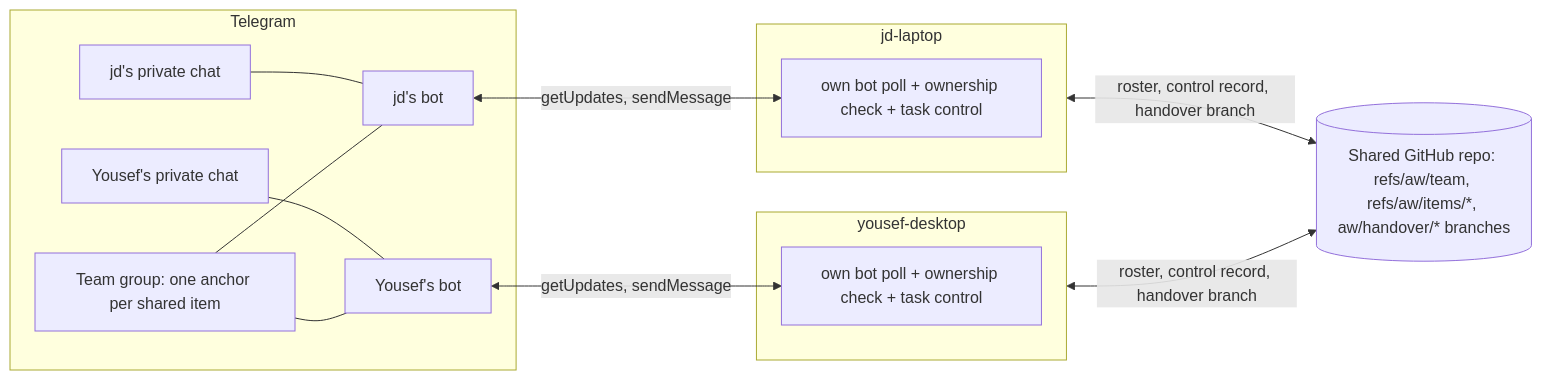
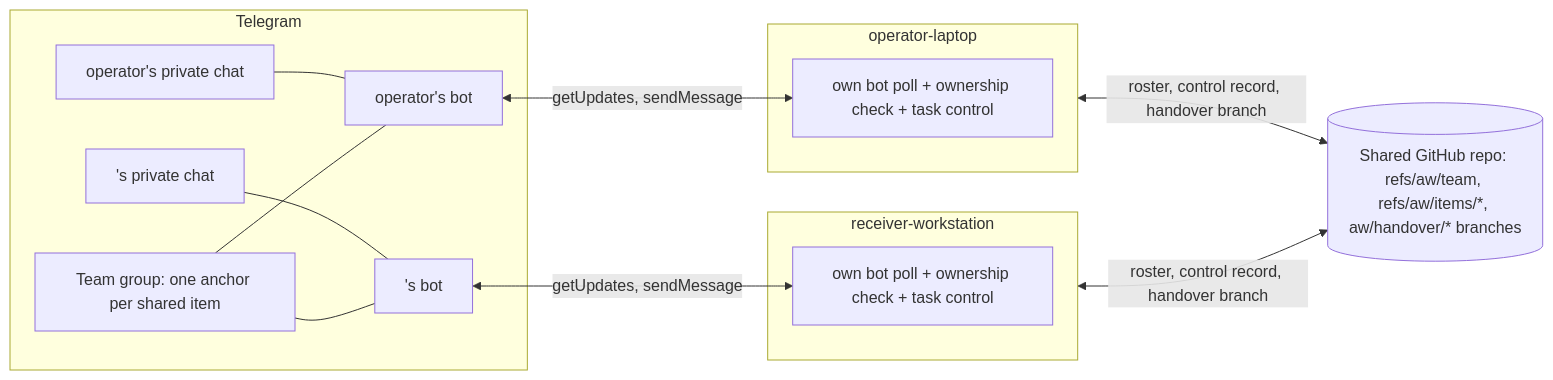
One commit to Youseidon/ai-workstation changed the diagram in docs/telegram-task-control/teammate-design.md. Above: the diagram before and after it, drawn with Mermaid. The commit also changed other lines of this file and 8 other files, not shown here.

````diff
--- a/docs/telegram-task-control/teammate-design.md
+++ b/docs/telegram-task-control/teammate-design.md
@@ -30,25 +35,25 @@
 ```mermaid
 flowchart LR
   subgraph TG[Telegram]
-    B1[jd's bot]
-    B2[Yousef's bot]
-    PC1[jd's private chat]
-    PC2[Yousef's private chat]
+    B1[operator's bot]
+    B2[<git-author>'s bot]
+    PC1[operator's private chat]
+    PC2[<git-author>'s private chat]
     G[Team group: one anchor per shared item]
   end
-  subgraph W1[jd-laptop]
+  subgraph W1[operator-laptop]
     O1[own bot poll + ownership check + task control]
   end
-  subgraph W2[yousef-desktop]
+  subgraph W2[receiver-workstation]
     O2[own bot poll + ownership check + task control]
   end
   R[(Shared GitHub repo: refs/aw/team, refs/aw/items/*, aw/handover/* branches)]
   PC1 --- B1
   PC2 --- B2
   G --- B1
   G --- B2
   B1 <-- getUpdates, sendMessage --> O1
   B2 <-- getUpdates, sendMessage --> O2
   W1 <-- roster, control record, handover branch --> R
   W2 <-- roster, control record, handover branch --> R
 ```
````
